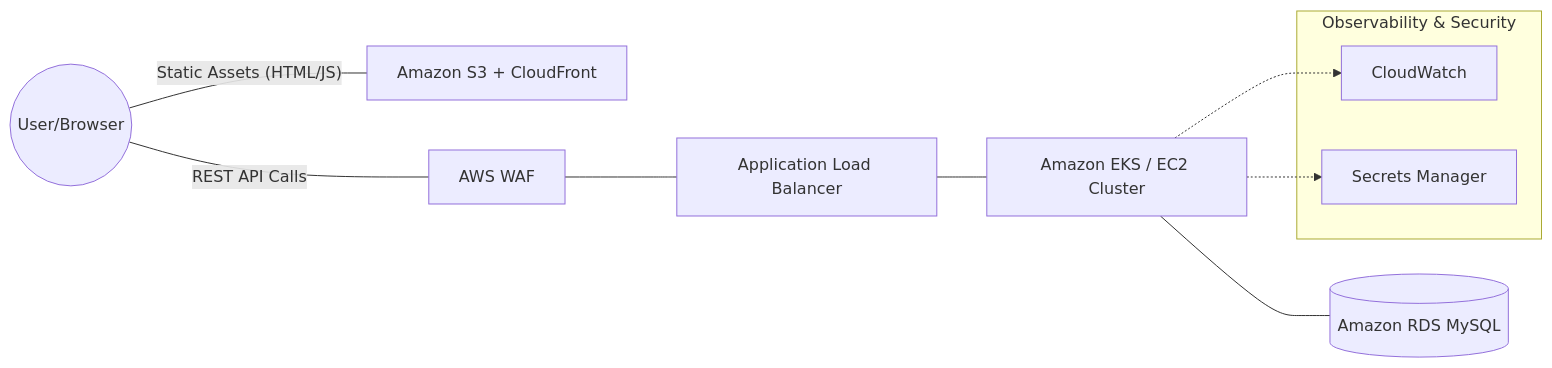
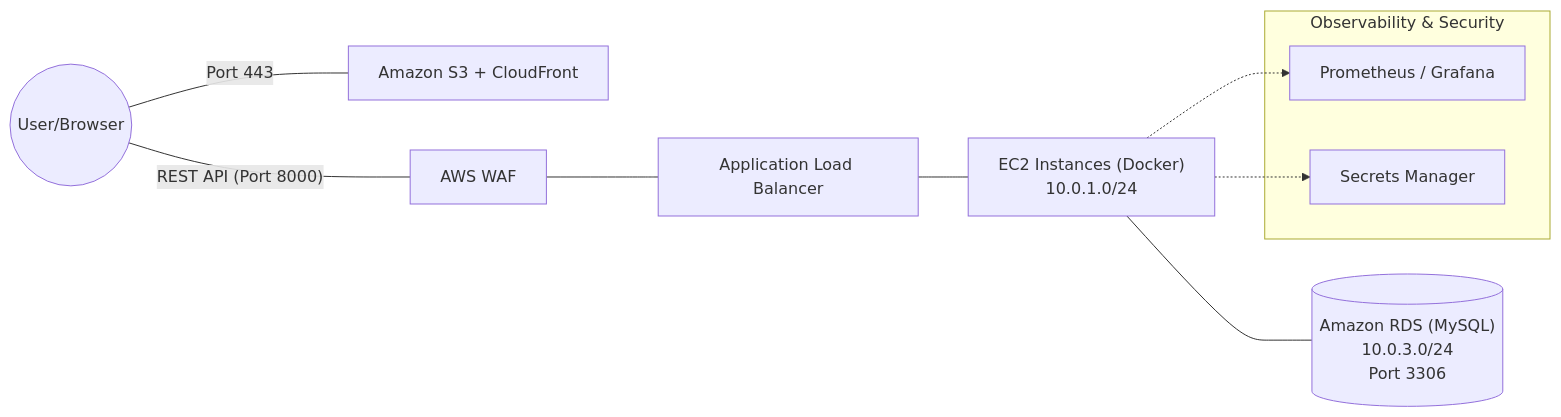
The first of 3 diagrams in PROJECT_ARCHITECTURE.md (se8ge/Migration-d-une-application-On-premise), drawn with Mermaid before and after one commit. The commit also changed other lines of this file and 4 other files, not shown here.

Commit message:
docs: finalize architecture documentation with annotations and organize docs folder

````diff
--- a/PROJECT_ARCHITECTURE.md
+++ b/PROJECT_ARCHITECTURE.md
@@ -21,16 +21,16 @@
 ```mermaid
 graph LR
-    User((User/Browser)) -- "Static Assets (HTML/JS)" --- S3[Amazon S3 + CloudFront]
-    User -- "REST API Calls" --- WAF[AWS WAF]
+    User((User/Browser)) -- "Port 443" --- S3[Amazon S3 + CloudFront]
+    User -- "REST API (Port 8000)" --- WAF[AWS WAF]
     WAF --- ALB[Application Load Balancer]
-    ALB --- EKS[Amazon EKS / EC2 Cluster]
-    EKS --- RDS[(Amazon RDS MySQL)]
+    ALB --- EC2["EC2 Instances (Docker)<br/>10.0.1.0/24"]
+    EC2 --- RDS[("Amazon RDS (MySQL)<br/>10.0.3.0/24<br/>Port 3306")]
     
     subgraph "Observability & Security"
-        CW[CloudWatch]
+        PROM[Prometheus / Grafana]
         SM[Secrets Manager]
     end
     
-    EKS -.-> CW
-    EKS -.-> SM
+    EC2 -.-> PROM
+    EC2 -.-> SM
 ```
````
